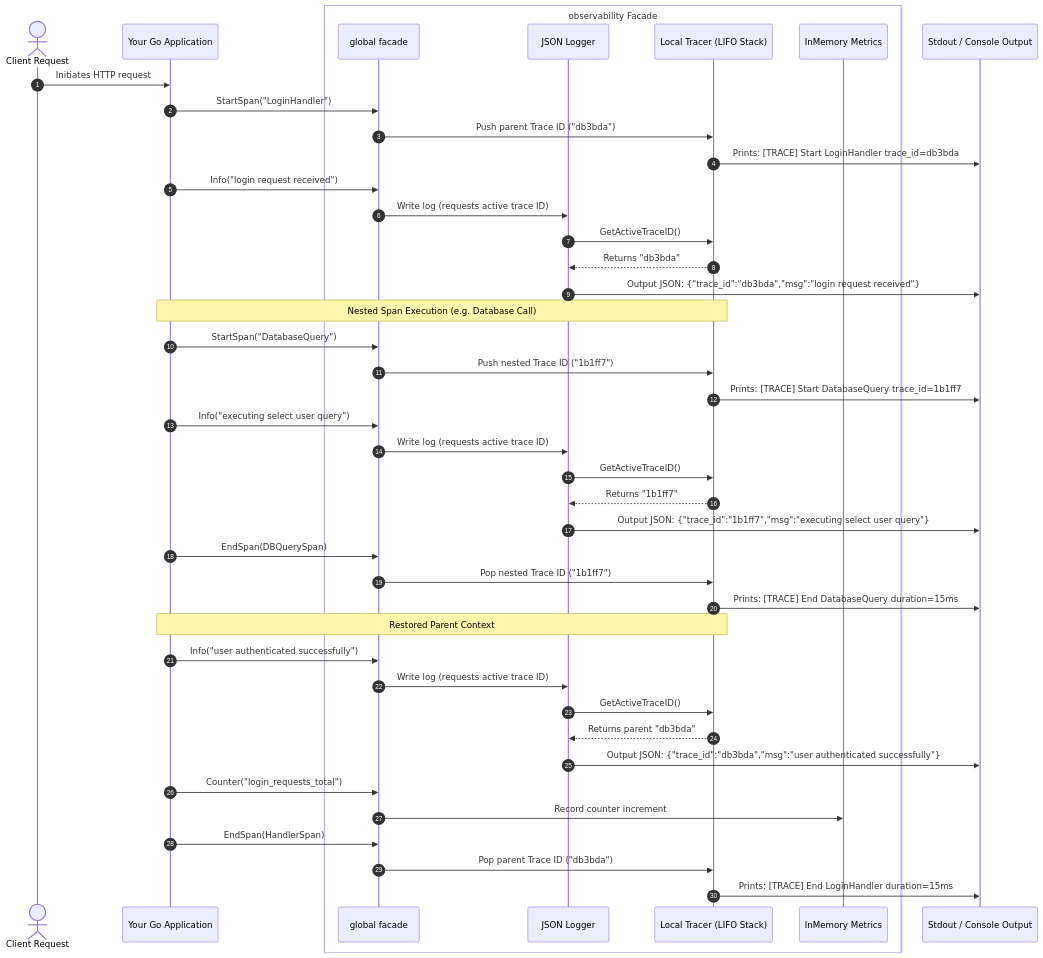
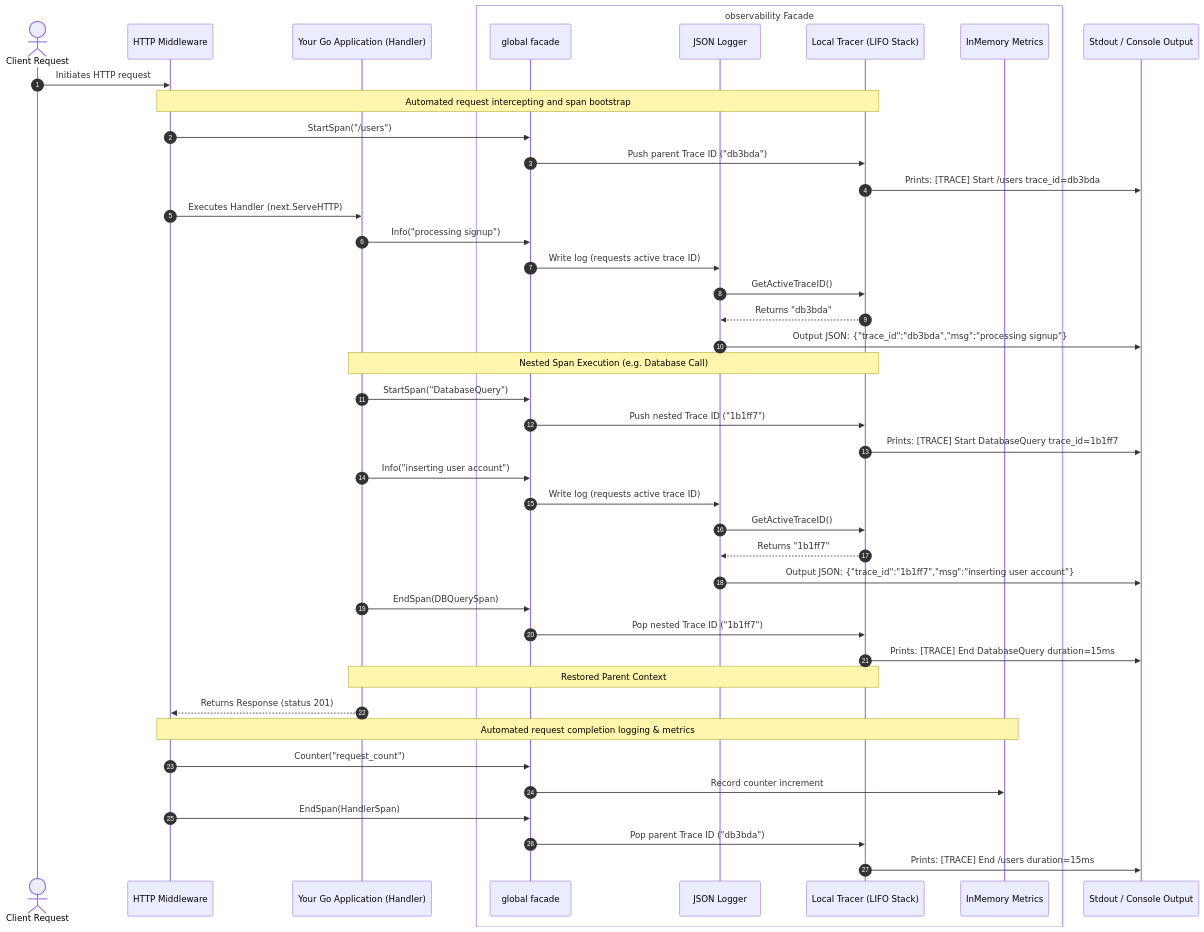
The diagram in README.md (wesleyskap/orkai-observability), drawn with Mermaid before and after one commit. The commit also changed other lines of this file, not shown here.

Commit message:
docs(readme): update README with middleware, exporter, and dynamic log level features Update documentation to detail all new package additions, improve visualization flows, and resolve paths. - Update the Mermaid sequence diagram to show the automated request lifecycle intercept flow using `HTTPMiddleware` - Enrich the package Feature list to highlight the tracing middleware, concurrent JSON metrics exporter, and atomic runtime log level rotation - Append new files (`middleware.go`, `exporter.go` and their test suites) to the directory structure tree map - Correct and align package import paths to use the official repository path: `github.com/wesleyskap/orkai-observability/observability` - Normalize the testing CLI command to be cross-platform: `go test -v ./test/...` - Fix code fences and markup block structures for perfect rendering on package hubs

````diff
--- a/README.md
+++ b/README.md
@@ -13,50 +13,50 @@
 ```mermaid
 sequenceDiagram
     autonumber
     actor Client as Client Request
-    participant App as Your Go Application
+    participant Middleware as HTTP Middleware
+    participant App as Your Go Application (Handler)
     box rgba(255, 255, 255, 1) observability Facade
         participant Facade as global facade
         participant Logger as JSON Logger
         participant Tracer as Local Tracer (LIFO Stack)
         participant Metrics as InMemory Metrics
     end
     participant Console as Stdout / Console Output
 
-    Client->>App: Initiates HTTP request
-    App->>Facade: StartSpan("LoginHandler")
+    Client->>Middleware: Initiates HTTP request
+    Note over Middleware, Tracer: Automated request intercepting and span bootstrap
+    Middleware->>Facade: StartSpan("/users")
     Facade->>Tracer: Push parent Trace ID ("db3bda")
-    Tracer->>Console: Prints: [TRACE] Start LoginHandler trace_id=db3bda
+    Tracer->>Console: Prints: [TRACE] Start /users trace_id=db3bda
     
-    App->>Facade: Info("login request received")
+    Middleware->>App: Executes Handler (next.ServeHTTP)
+    App->>Facade: Info("processing signup")
     Facade->>Logger: Write log (requests active trace ID)
     Logger->>Tracer: GetActiveTraceID()
     Tracer-->>Logger: Returns "db3bda"
-    Logger->>Console: Output JSON: {"trace_id":"db3bda","msg":"login request received"}
+    Logger->>Console: Output JSON: {"trace_id":"db3bda","msg":"processing signup"}
 
     Note over App, Tracer: Nested Span Execution (e.g. Database Call)
     App->>Facade: StartSpan("DatabaseQuery")
     Facade->>Tracer: Push nested Trace ID ("1b1ff7")
     Tracer->>Console: Prints: [TRACE] Start DatabaseQuery trace_id=1b1ff7
-    App->>Facade: Info("executing select user query")
+    App->>Facade: Info("inserting user account")
     Facade->>Logger: Write log (requests active trace ID)
     Logger->>Tracer: GetActiveTraceID()
     Tracer-->>Logger: Returns "1b1ff7"
-    Logger->>Console: Output JSON: {"trace_id":"1b1ff7","msg":"executing select user query"}
+    Logger->>Console: Output JSON: {"trace_id":"1b1ff7","msg":"inserting user account"}
     App->>Facade: EndSpan(DBQuerySpan)
     Facade->>Tracer: Pop nested Trace ID ("1b1ff7")
     Tracer->>Console: Prints: [TRACE] End DatabaseQuery duration=15ms
 
     Note over App, Tracer: Restored Parent Context
-    App->>Facade: Info("user authenticated successfully")
-    Facade->>Logger: Write log (requests active trace ID)
-    Logger->>Tracer: GetActiveTraceID()
-    Tracer-->>Logger: Returns parent "db3bda"
-    Logger->>Console: Output JSON: {"trace_id":"db3bda","msg":"user authenticated successfully"}
+    App-->>Middleware: Returns Response (status 201)
 
-    App->>Facade: Counter("login_requests_total")
+    Note over Middleware, Metrics: Automated request completion logging & metrics
+    Middleware->>Facade: Counter("request_count")
     Facade->>Metrics: Record counter increment
-    App->>Facade: EndSpan(HandlerSpan)
+    Middleware->>Facade: EndSpan(HandlerSpan)
     Facade->>Tracer: Pop parent Trace ID ("db3bda")
-    Tracer->>Console: Prints: [TRACE] End LoginHandler duration=15ms
+    Tracer->>Console: Prints: [TRACE] End /users duration=15ms
 ```
````
